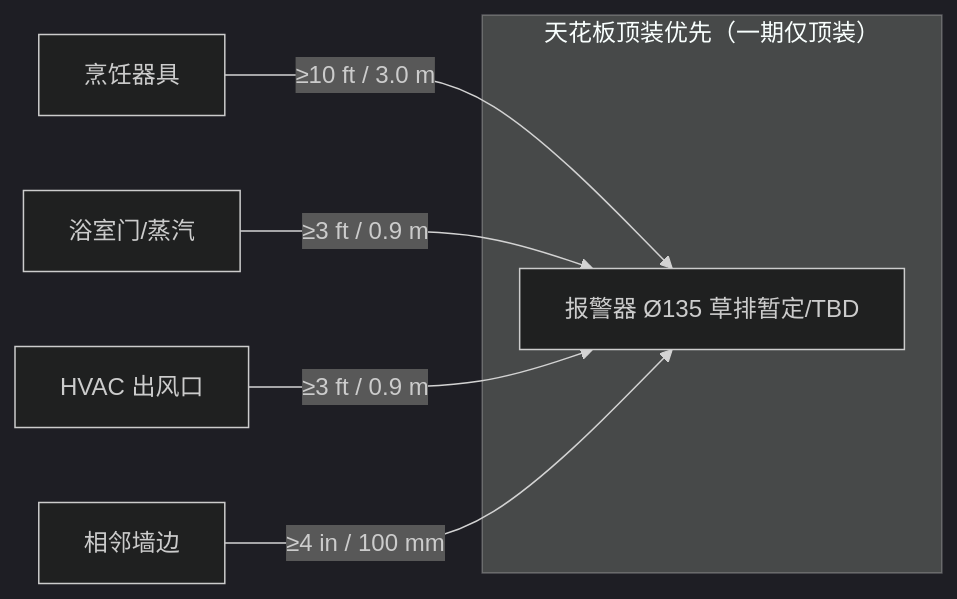
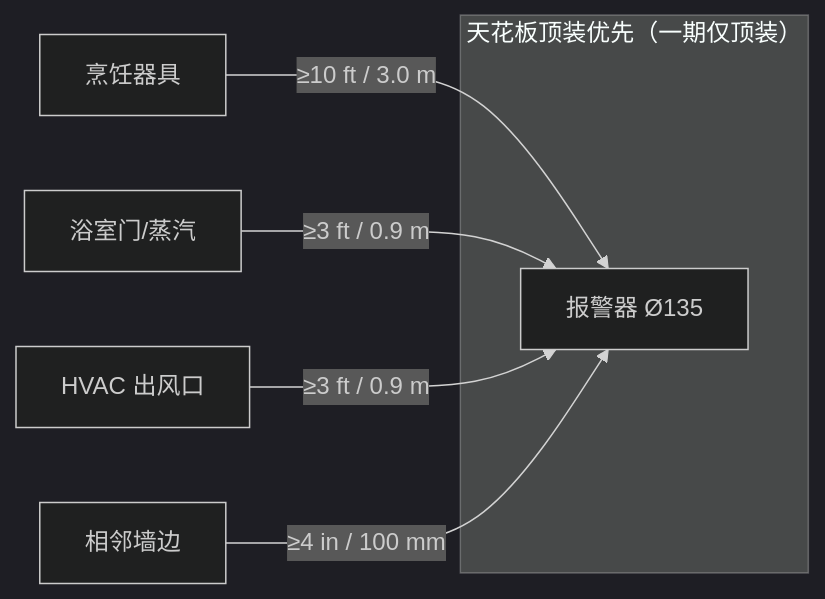
The diagram in 超级烟感_项目资料包_v0.1/01_市场产品/说明书_N-06_安装最小距离_v0.1.md (Leo2442926161/test1), drawn with Mermaid (dark theme) before and after one commit. The commit also changed other lines of this file, not shown here.

````diff
--- a/超级烟感_项目资料包_v0.1/01_市场产品/说明书_N-06_安装最小距离_v0.1.md
+++ b/超级烟感_项目资料包_v0.1/01_市场产品/说明书_N-06_安装最小距离_v0.1.md
@@ -112,10 +113,10 @@
 ```mermaid
 flowchart LR
   subgraph ceiling["天花板顶装优先（一期仅顶装）"]
-    ALARM["报警器 Ø135 草排暂定/TBD"]
+    ALARM["报警器 Ø135"]
   end
   COOK["烹饪器具"] -->|"≥10 ft / 3.0 m"| ALARM
   BATH["浴室门/蒸汽"] -->|"≥3 ft / 0.9 m"| ALARM
   HVAC["HVAC 出风口"] -->|"≥3 ft / 0.9 m"| ALARM
   WALL["相邻墙边"] -->|"≥4 in / 100 mm"| ALARM
 ```
````
